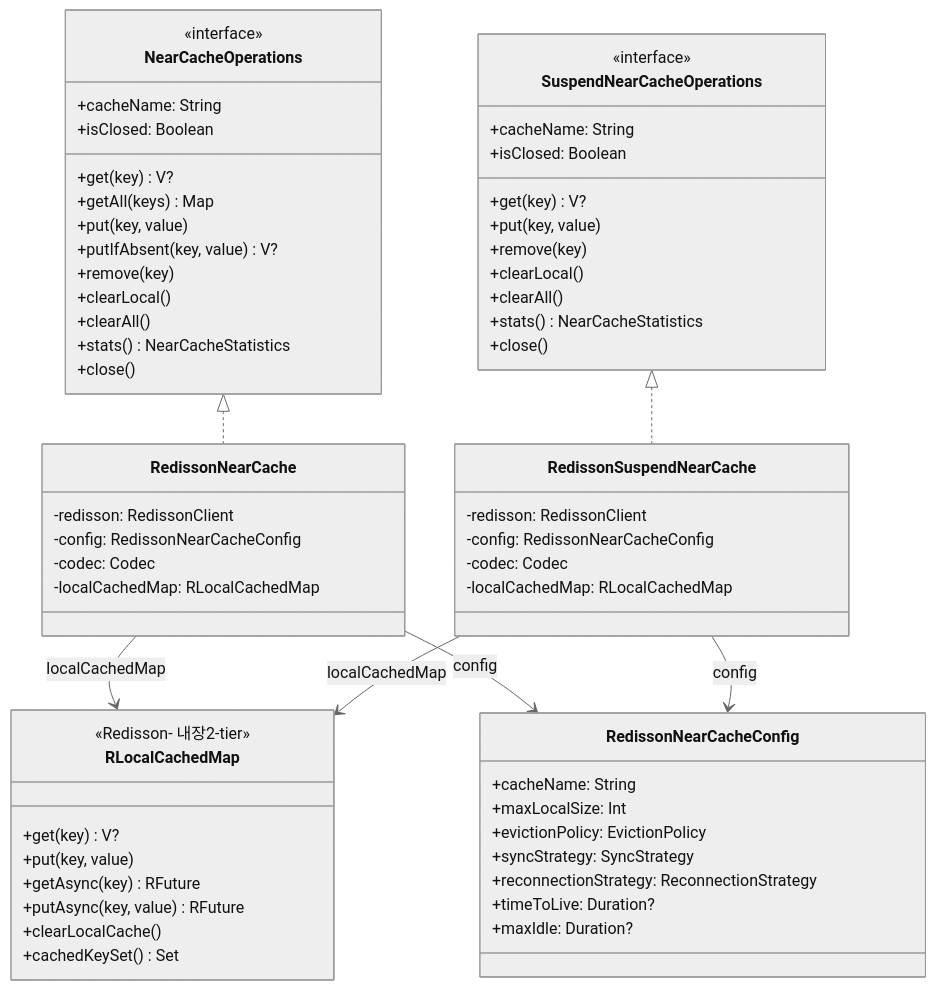
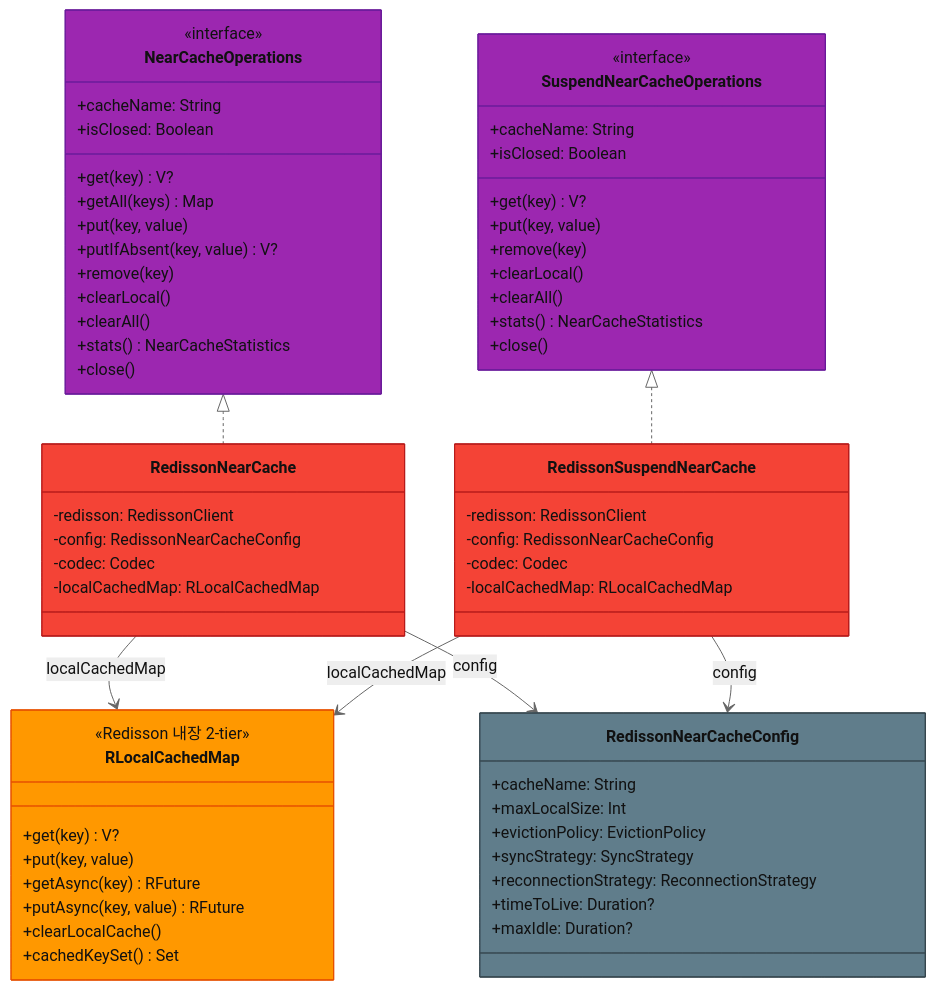
One commit to bluetape4k/bluetape4k-projects changed the first of 3 diagrams in infra/cache-redisson/README.md. Above: the diagram before and after it, drawn with Mermaid (neutral theme). The commit also changed 74 other files, not shown here.

First line of the commit message:
docs: bluetape4k/core/coroutines/logging, io/feign~vertx README 색상 Mermaid UML 추가

````diff
--- a/infra/cache-redisson/README.md
+++ b/infra/cache-redisson/README.md
@@ -64,71 +64,78 @@
 ```mermaid
 classDiagram
-    class NearCacheOperations {
+    class NearCacheOperations:::abstractStyle {
         <<interface>>
         +cacheName: String
         +isClosed: Boolean
         +get(key) V?
         +getAll(keys) Map
         +put(key, value)
         +putIfAbsent(key, value) V?
         +remove(key)
         +clearLocal()
         +clearAll()
         +stats() NearCacheStatistics
         +close()
     }
 
-    class SuspendNearCacheOperations {
+    class SuspendNearCacheOperations:::abstractStyle {
         <<interface>>
         +cacheName: String
         +isClosed: Boolean
         +get(key) V?
         +put(key, value)
         +remove(key)
         +clearLocal()
         +clearAll()
         +stats() NearCacheStatistics
         +close()
     }
 
-    class RedissonNearCache {
+    class RedissonNearCache:::cacheStyle {
         -redisson: RedissonClient
         -config: RedissonNearCacheConfig
         -codec: Codec
         -localCachedMap: RLocalCachedMap
     }
 
-    class RedissonSuspendNearCache {
+    class RedissonSuspendNearCache:::cacheStyle {
         -redisson: RedissonClient
         -config: RedissonNearCacheConfig
         -codec: Codec
         -localCachedMap: RLocalCachedMap
     }
 
-    class RedissonNearCacheConfig {
+    class RedissonNearCacheConfig:::infraStyle {
         +cacheName: String
         +maxLocalSize: Int
         +evictionPolicy: EvictionPolicy
         +syncStrategy: SyncStrategy
         +reconnectionStrategy: ReconnectionStrategy
         +timeToLive: Duration?
         +maxIdle: Duration?
     }
 
-    class RLocalCachedMap {
-<<Redisson- 내장2-tier>>
-+get(key) V?
-+put(key, value)
-+getAsync(key) RFuture
-+putAsync(key, value) RFuture
-+clearLocalCache()
-+cachedKeySet() Set
-}
+    class RLocalCachedMap:::redisStyle {
+        <<Redisson 내장 2-tier>>
+        +get(key) V?
+        +put(key, value)
+        +getAsync(key) RFuture
+        +putAsync(key, value) RFuture
+        +clearLocalCache()
+        +cachedKeySet() Set
+    }
 
-NearCacheOperations <|.. RedissonNearCache
-SuspendNearCacheOperations <|.. RedissonSuspendNearCache
-RedissonNearCache --> RLocalCachedMap: localCachedMap
-RedissonNearCache --> RedissonNearCacheConfig: config
-RedissonSuspendNearCache --> RLocalCachedMap: localCachedMap
-RedissonSuspendNearCache --> RedissonNearCacheConfig: config
+    NearCacheOperations <|.. RedissonNearCache
+    SuspendNearCacheOperations <|.. RedissonSuspendNearCache
+    RedissonNearCache --> RLocalCachedMap: localCachedMap
+    RedissonNearCache --> RedissonNearCacheConfig: config
+    RedissonSuspendNearCache --> RLocalCachedMap: localCachedMap
+    RedissonSuspendNearCache --> RedissonNearCacheConfig: config
+
+    classDef cacheStyle   fill:#F44336,stroke:#B71C1C
+    classDef redisStyle   fill:#FF9800,stroke:#E65100
+    classDef infraStyle   fill:#607D8B,stroke:#37474F
+    classDef clientStyle  fill:#2196F3,stroke:#1565C0
+    classDef abstractStyle fill:#9C27B0,stroke:#6A1B9A
+    classDef serviceStyle fill:#4CAF50,stroke:#388E3C
 ```
````
